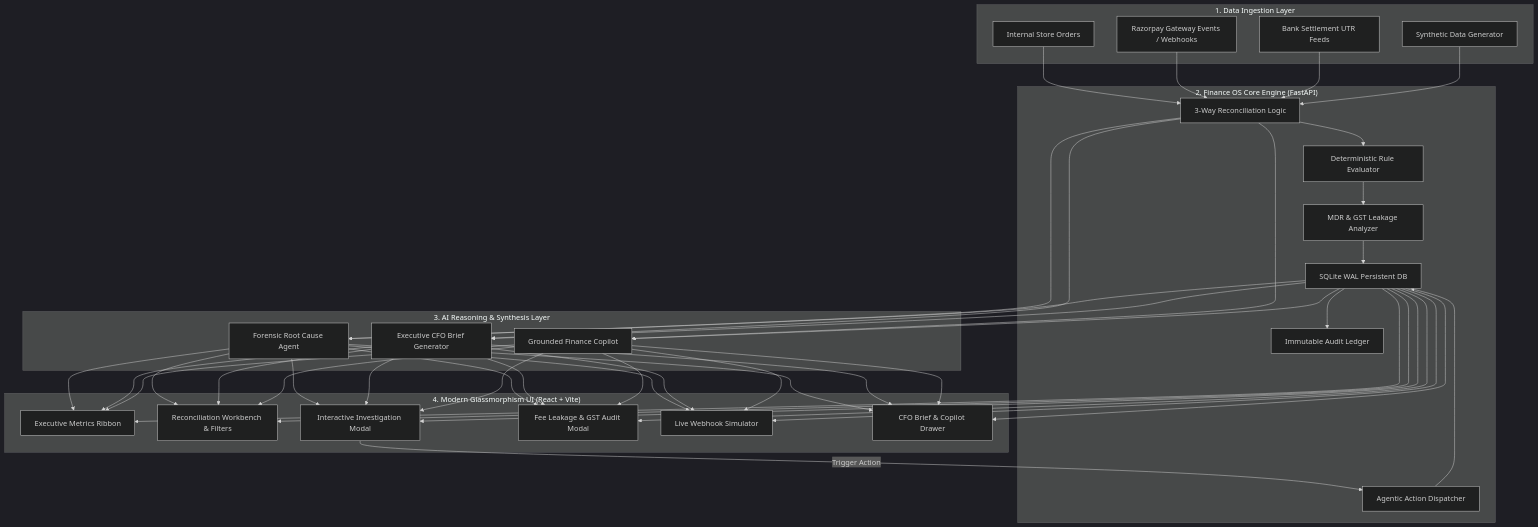
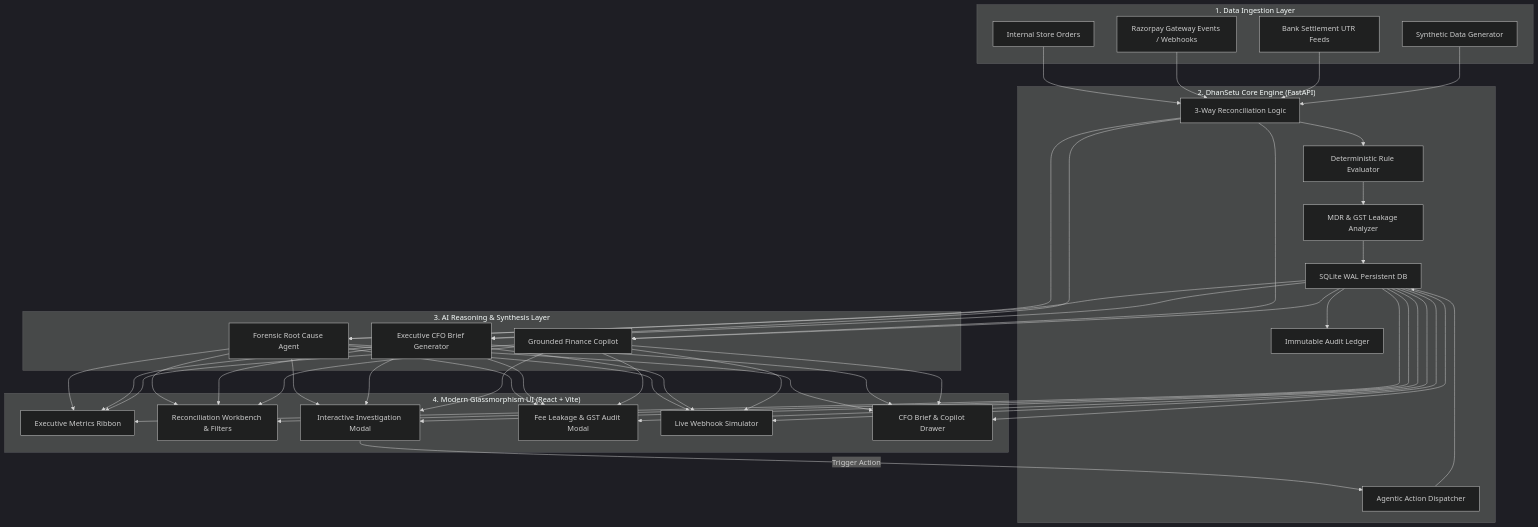
Before and after one commit to pathakshreya02/Finance-OS: the diagram in README.md, drawn with Mermaid (dark theme). The commit also changed other lines of this file and 9 other files, not shown here.

Commit message:
feat(branding): update project brand to DhanSetu — The Autonomous 3-Way Bridge for Payment Reconciliation

````diff
--- a/README.md
+++ b/README.md
@@ -120,40 +120,40 @@
 ```mermaid
 flowchart TD
     subgraph Ingestion ["1. Data Ingestion Layer"]
         A1[Internal Store Orders]
         A2[Razorpay Gateway Events / Webhooks]
         A3[Bank Settlement UTR Feeds]
         A4[Synthetic Data Generator]
     end
 
-    subgraph CoreEngine ["2. Finance OS Core Engine (FastAPI)"]
+    subgraph CoreEngine ["2. DhanSetu Core Engine (FastAPI)"]
         B1[3-Way Reconciliation Logic]
         B2[Deterministic Rule Evaluator]
         B3[MDR & GST Leakage Analyzer]
         B4[Agentic Action Dispatcher]
         B5[SQLite WAL Persistent DB]
         B6[Immutable Audit Ledger]
     end
 
     subgraph AIAgent ["3. AI Reasoning & Synthesis Layer"]
         C1[Forensic Root Cause Agent]
         C2[Executive CFO Brief Generator]
         C3[Grounded Finance Copilot]
     end
 
     subgraph Presentation ["4. Modern Glassmorphism UI (React + Vite)"]
         D1[Executive Metrics Ribbon]
         D2[Reconciliation Workbench & Filters]
         D3[Interactive Investigation Modal]
         D4[Fee Leakage & GST Audit Modal]
         D5[Live Webhook Simulator]
         D6[CFO Brief & Copilot Drawer]
     end
 
     A1 & A2 & A3 & A4 --> B1
     B1 --> B2 --> B3 --> B5
     B5 --> B6
     B1 & B5 --> C1 & C2 & C3
     B5 & C1 & C2 & C3 --> D1 & D2 & D3 & D4 & D5 & D6
     D3 -->|Trigger Action| B4 --> B5
 ```
````
